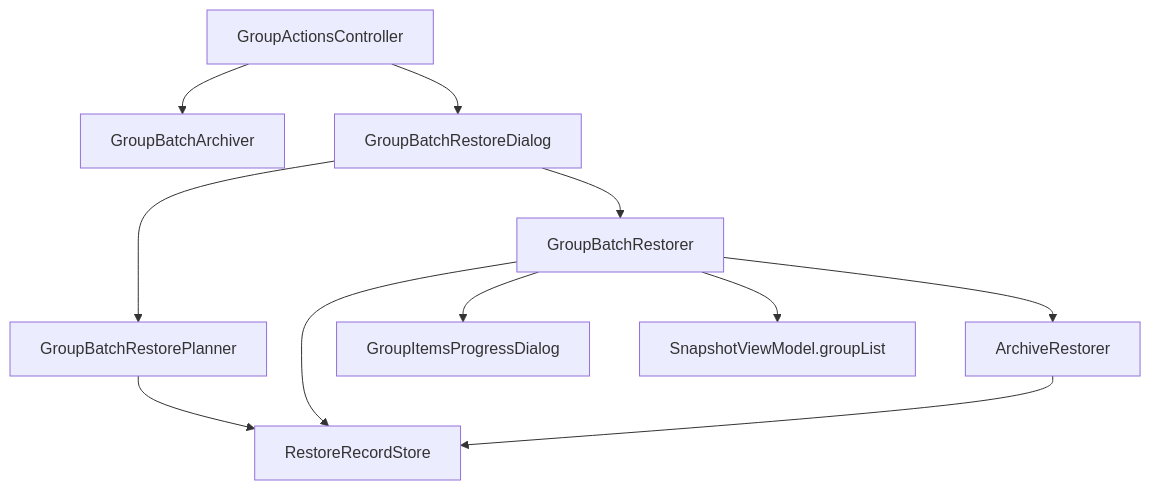
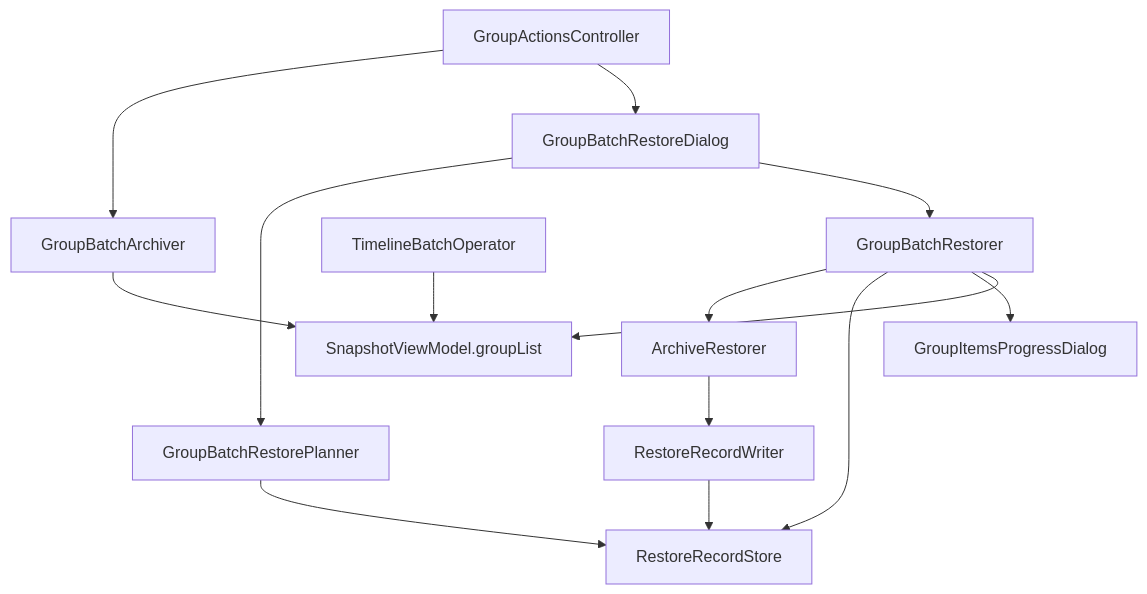
Before and after one commit to TIIEHenry/AppSnapshoter: the diagram in docs/systems/snapshot/group-batch-restore/05-implementation.md, drawn with Mermaid. The commit also changed other lines of this file and 58 other files, not shown here.

````diff
--- a/docs/systems/snapshot/group-batch-restore/05-implementation.md
+++ b/docs/systems/snapshot/group-batch-restore/05-implementation.md
@@ -67,23 +72,26 @@
 ```mermaid
 graph TD
     GAC[GroupActionsController]
     GBA[GroupBatchArchiver]
     GBR[GroupBatchRestorer]
     GBD[GroupBatchRestoreDialog]
     GBP[GroupBatchRestorePlanner]
     RRS[RestoreRecordStore]
     AR[ArchiveRestorer]
     GIPD[GroupItemsProgressDialog]
     SVM[SnapshotViewModel.groupList]
 
     GAC --> GBA
     GAC --> GBD
     GBD --> GBP
     GBP --> RRS
     GBD --> GBR
     GBR --> AR
     GBR --> RRS
     GBR --> GIPD
     GBR --> SVM
-    AR --> RRS
+    GBA --> SVM
+    TBO[TimelineBatchOperator] --> SVM
+    AR --> RRW[RestoreRecordWriter]
+    RRW --> RRS
 ```
````
